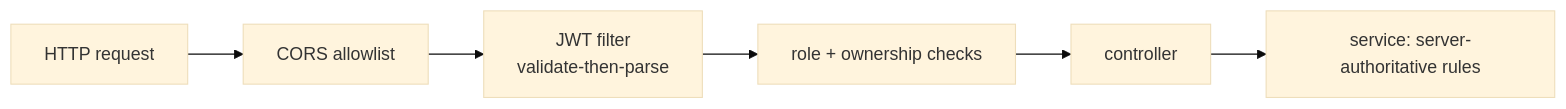
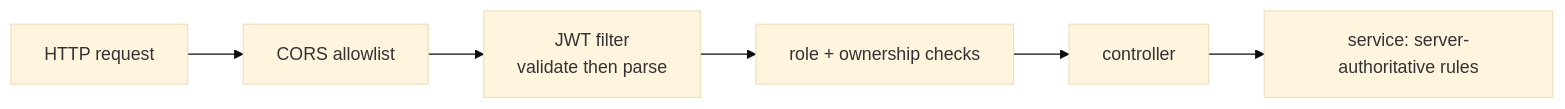
Before and after one commit to ManoharEldhandi/OnTheWay: the seventh of 9 diagrams in ARCHITECTURE.md, drawn with Mermaid (base theme). The commit also changed other lines of this file and 21 other files, not shown here.

````diff
--- a/ARCHITECTURE.md
+++ b/ARCHITECTURE.md
@@ -269,8 +227,8 @@
 ```mermaid
 graph LR
     REQ[HTTP request] --> CORS[CORS allowlist]
-    CORS --> JWTF[JWT filter<br/>validate-then-parse]
+    CORS --> JWTF[JWT filter<br/>validate then parse]
     JWTF --> AUTHZ[role + ownership checks]
     AUTHZ --> CTRL[controller]
     CTRL --> SVC[service: server-authoritative rules]
 ```
````
